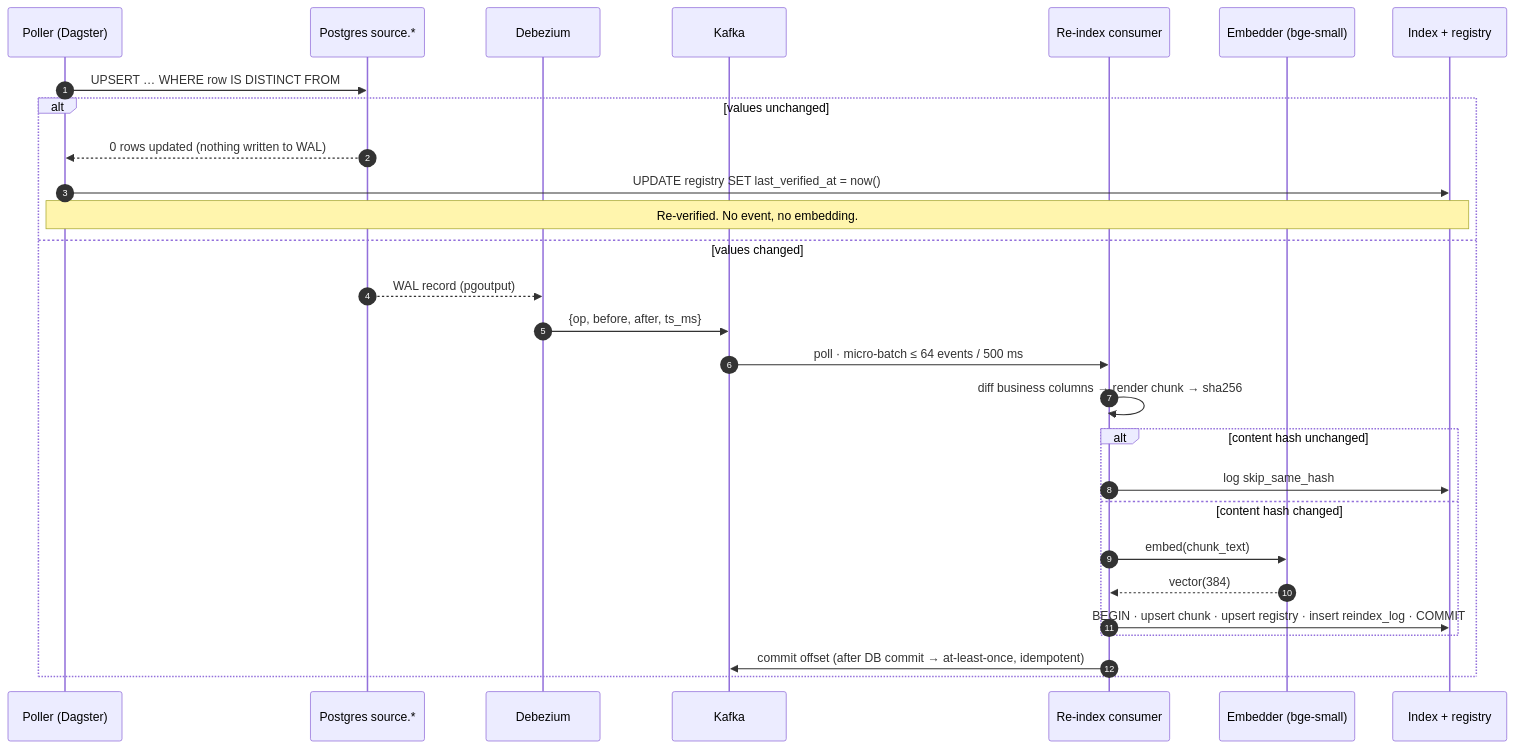
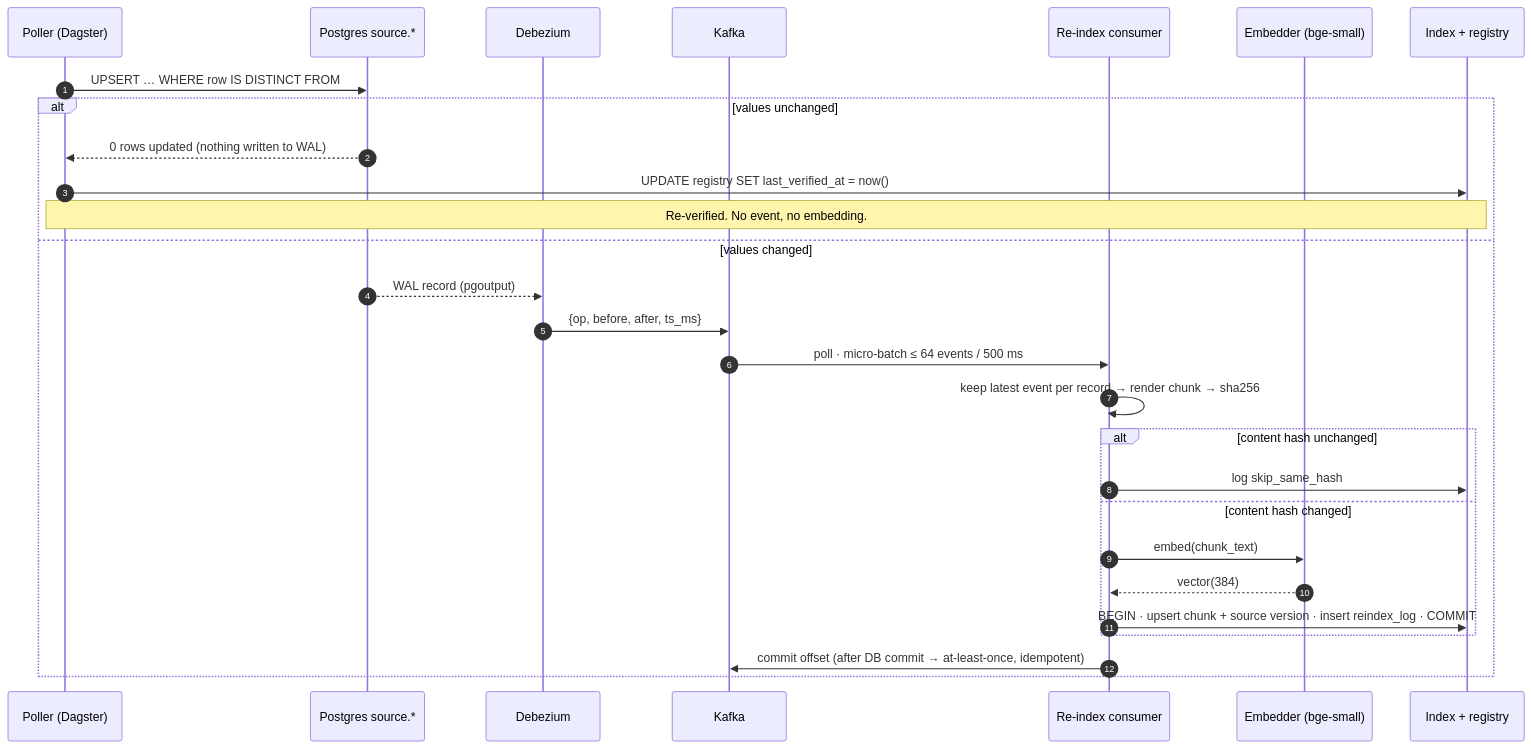
Before and after one commit to saravanaprabhu1398-afk/freshness-control-plane: the second of 5 diagrams in docs/SDD.md, drawn with Mermaid. The commit also changed other lines of this file and 28 other files, not shown here.

````diff
--- a/docs/SDD.md
+++ b/docs/SDD.md
@@ -268,31 +273,31 @@
 ```mermaid
 sequenceDiagram
   autonumber
   participant P as Poller (Dagster)
   participant PG as Postgres source.*
   participant DBZ as Debezium
   participant K as Kafka
   participant C as Re-index consumer
   participant E as Embedder (bge-small)
   participant IX as Index + registry
 
   P->>PG: UPSERT … WHERE row IS DISTINCT FROM
   alt values unchanged
     PG-->>P: 0 rows updated (nothing written to WAL)
     P->>IX: UPDATE registry SET last_verified_at = now()
     Note over P,IX: Re-verified. No event, no embedding.
   else values changed
     PG-->>DBZ: WAL record (pgoutput)
     DBZ->>K: {op, before, after, ts_ms}
     K->>C: poll · micro-batch ≤ 64 events / 500 ms
-    C->>C: diff business columns → render chunk → sha256
+    C->>C: keep latest event per record → render chunk → sha256
     alt content hash unchanged
       C->>IX: log skip_same_hash
     else content hash changed
       C->>E: embed(chunk_text)
       E-->>C: vector(384)
-      C->>IX: BEGIN · upsert chunk · upsert registry · insert reindex_log · COMMIT
+      C->>IX: BEGIN · upsert chunk + source version · insert reindex_log · COMMIT
     end
     C->>K: commit offset (after DB commit → at-least-once, idempotent)
   end
 ```
````
